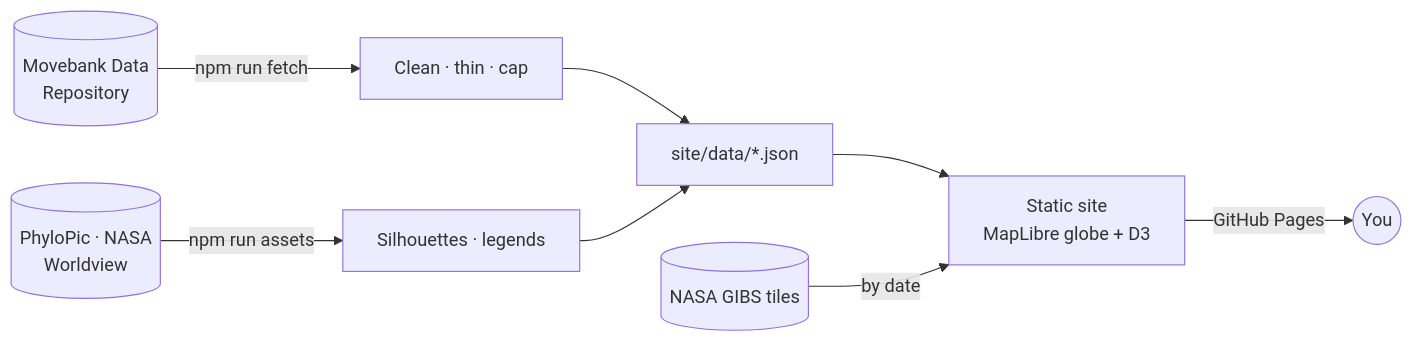
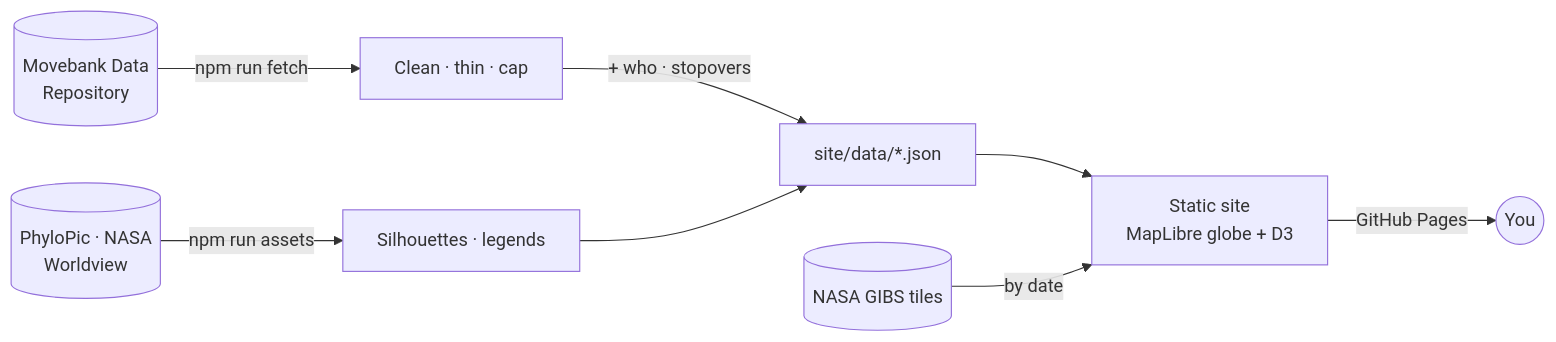
One commit to amalmehta/TrackTheMigration changed the diagram in README.md. Above: the diagram before and after it, drawn with Mermaid. The commit also changed other lines of this file and 46 other files, not shown here.

First line of the commit message:
Share links, who-they-are filters, stopovers, and four more migrations

````diff
--- a/README.md
+++ b/README.md
@@ -15,10 +19,10 @@
 ```mermaid
 flowchart LR
   MDR[(Movebank Data<br>Repository)] -->|npm run fetch| P[Clean · thin · cap]
   PP[(PhyloPic · NASA<br>Worldview)] -->|npm run assets| A[Silhouettes · legends]
-  P --> J[site/data/*.json]
+  P -->|+ who · stopovers| J[site/data/*.json]
   A --> J
   J --> S[Static site<br>MapLibre globe + D3]
   G[(NASA GIBS tiles)] -->|by date| S
   S -->|GitHub Pages| You((You))
 ```
````
